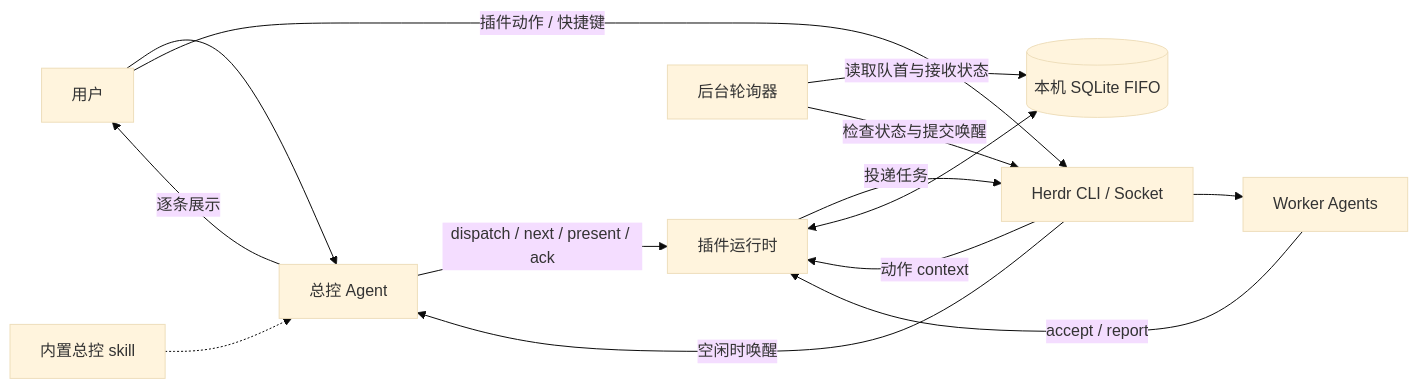
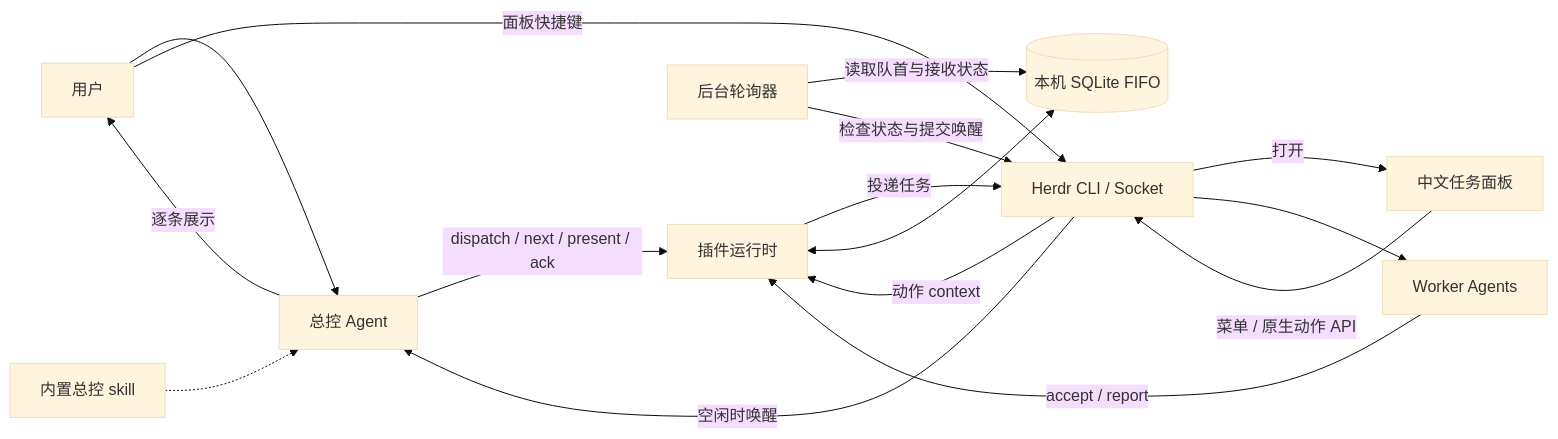
The first of 2 diagrams in README.md (MarvelXXX/herdr-orchestrator-plugin), drawn with Mermaid (base theme) before and after one commit. The commit also changed other lines of this file and 10 other files, not shown here.

````diff
--- a/README.md
+++ b/README.md
@@ -16,16 +62,18 @@
 ```mermaid
 flowchart LR
     User["用户"] --> Coordinator["总控 Agent"]
     Skill["内置总控 skill"] -.-> Coordinator
     Coordinator -->|dispatch / next / present / ack| Runtime["插件运行时"]
     Runtime -->|投递任务| Herdr["Herdr CLI / Socket"]
-    User -->|插件动作 / 快捷键| Herdr
+    User -->|面板快捷键| Herdr
+    Herdr -->|打开| Panel["中文任务面板"]
+    Panel -->|菜单 / 原生动作 API| Herdr
     Herdr -->|动作 context| Runtime
     Herdr --> Workers["Worker Agents"]
     Workers -->|accept / report| Runtime
     Runtime <--> Queue[("本机 SQLite FIFO")]
     Poller["后台轮询器"] -->|读取队首与接收状态| Queue
     Poller -->|检查状态与提交唤醒| Herdr
     Herdr -->|空闲时唤醒| Coordinator
     Coordinator -->|逐条展示| User
 ```
````
